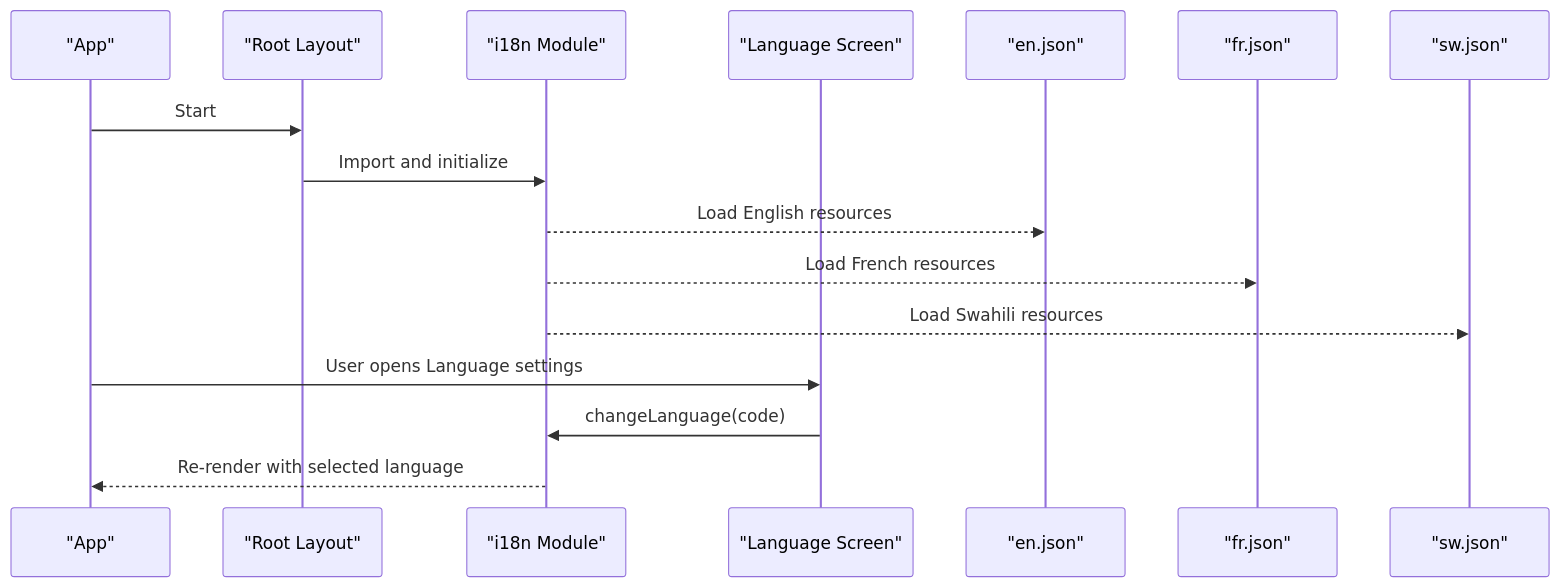
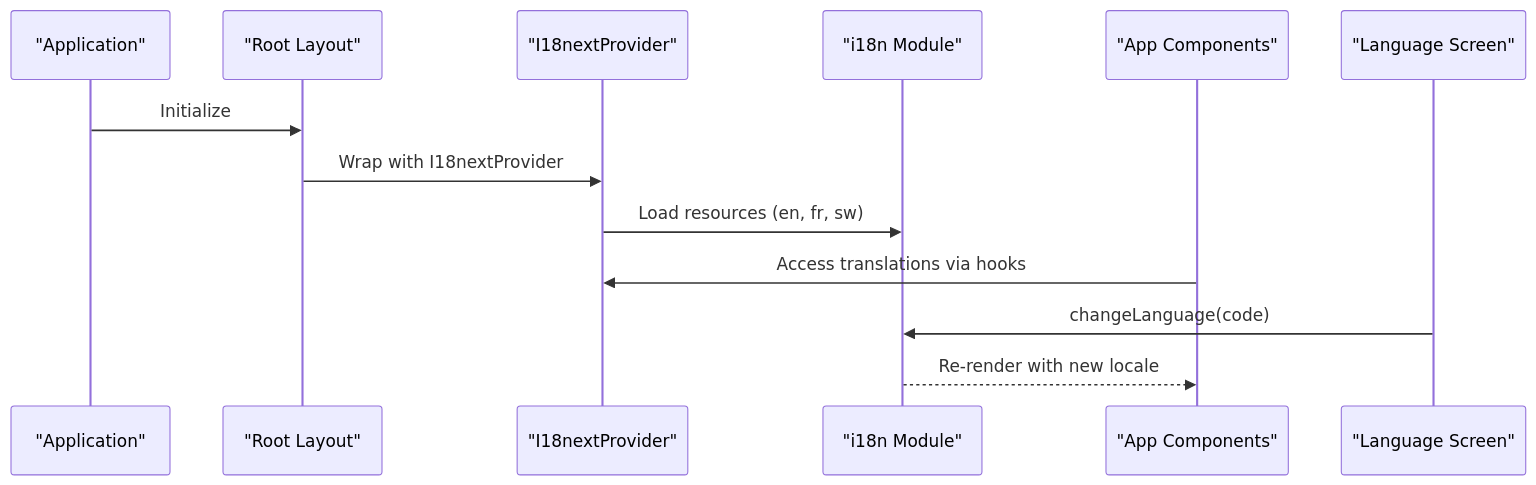
The second of 3 diagrams in .qoder/repowiki/en/content/Internationalization.md (AdeelTahir-SE/DermSight), drawn with Mermaid before and after one commit. The commit also changed other lines of this file and 37 other files, not shown here.

````diff
--- a/.qoder/repowiki/en/content/Internationalization.md
+++ b/.qoder/repowiki/en/content/Internationalization.md
@@ -81,18 +86,15 @@
 ```mermaid
 sequenceDiagram
-participant App as "App"
+participant App as "Application"
 participant Root as "Root Layout"
+participant Provider as "I18nextProvider"
 participant I18n as "i18n Module"
+participant Components as "App Components"
 participant LangUI as "Language Screen"
-participant EN as "en.json"
-participant FR as "fr.json"
-participant SW as "sw.json"
-App->>Root : Start
-Root->>I18n : Import and initialize
-I18n-->>EN : Load English resources
-I18n-->>FR : Load French resources
-I18n-->>SW : Load Swahili resources
-App->>LangUI : User opens Language settings
+App->>Root : Initialize
+Root->>Provider : Wrap with I18nextProvider
+Provider->>I18n : Load resources (en, fr, sw)
+Components->>Provider : Access translations via hooks
 LangUI->>I18n : changeLanguage(code)
-I18n-->>App : Re-render with selected language
+I18n-->>Components : Re-render with new locale
 ```
````
